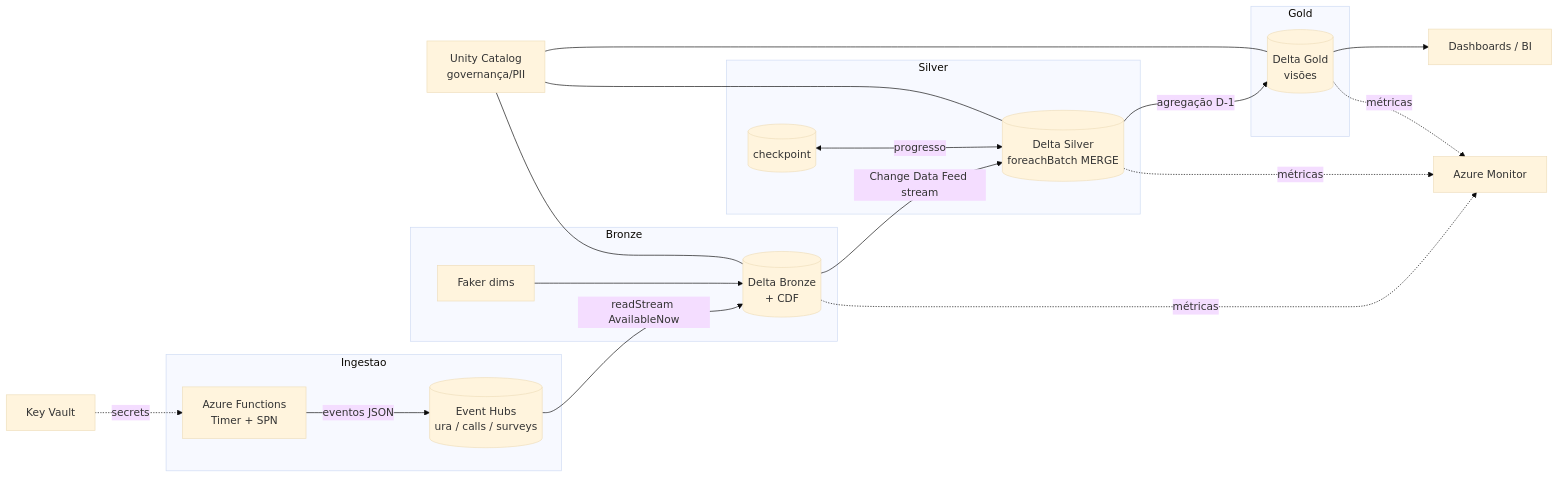
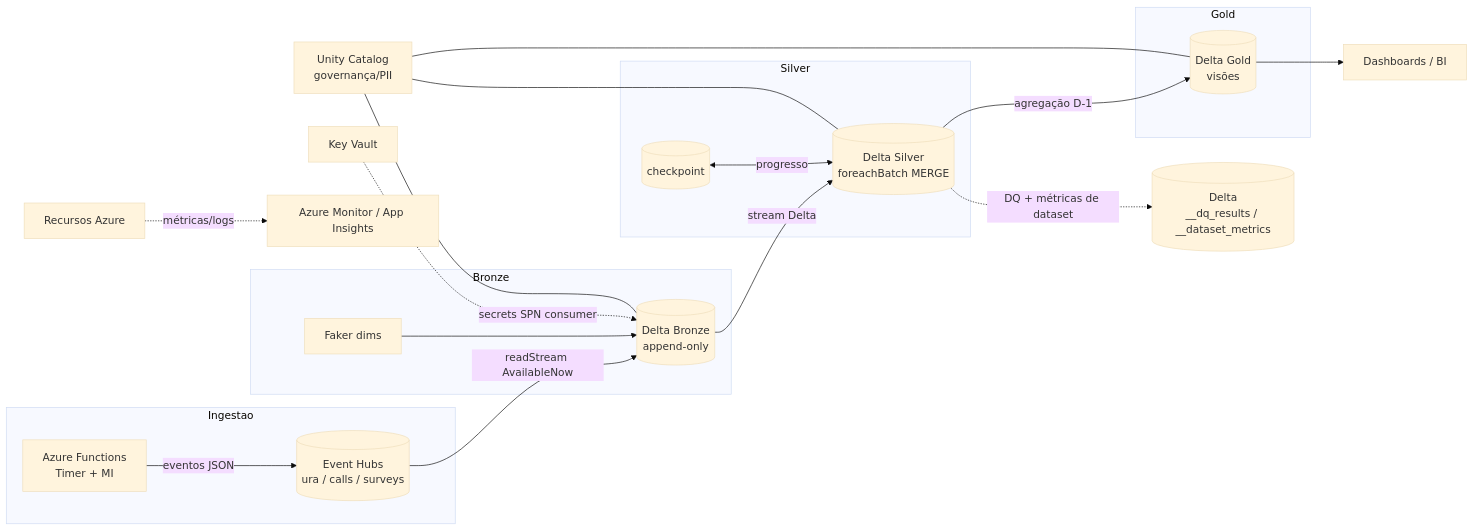
One commit to OrigCris/data_master changed the first of 2 diagrams in docs/architecture.md. Above: the diagram before and after it, drawn with Mermaid (base theme). The commit also changed other lines of this file and 84 other files, not shown here.

````diff
--- a/docs/architecture.md
+++ b/docs/architecture.md
@@ -14,21 +14,22 @@
 ```mermaid
 flowchart LR
     subgraph Ingestao
-      FN[Azure Functions<br/>Timer + SPN] -->|eventos JSON| EH[(Event Hubs<br/>ura / calls / surveys)]
+      FN[Azure Functions<br/>Timer + MI] -->|eventos JSON| EH[(Event Hubs<br/>ura / calls / surveys)]
     end
     subgraph Bronze
-      EH -->|readStream AvailableNow| B[(Delta Bronze<br/>+ CDF)]
+      EH -->|readStream AvailableNow| B[(Delta Bronze<br/>append-only)]
       DIM[Faker dims] --> B
     end
     subgraph Silver
-      B -->|Change Data Feed stream| S[(Delta Silver<br/>foreachBatch MERGE)]
+      B -->|stream Delta| S[(Delta Silver<br/>foreachBatch MERGE)]
       CKPT[(checkpoint)] <-->|progresso| S
     end
     subgraph Gold
       S -->|agregação D-1| G[(Delta Gold<br/>visões)]
     end
     G --> BI[Dashboards / BI]
-    B & S & G -.->|métricas| MON[Azure Monitor]
-    KV[Key Vault] -.->|secrets| FN
+    S -.->|DQ + métricas de dataset| DM[(Delta<br/>__dq_results / __dataset_metrics)]
+    INFRA[Recursos Azure] -.->|métricas/logs| MON[Azure Monitor / App Insights]
+    KV[Key Vault] -.->|secrets SPN consumer| B
     UC[Unity Catalog<br/>governança/PII] --- B & S & G
 ```
````
